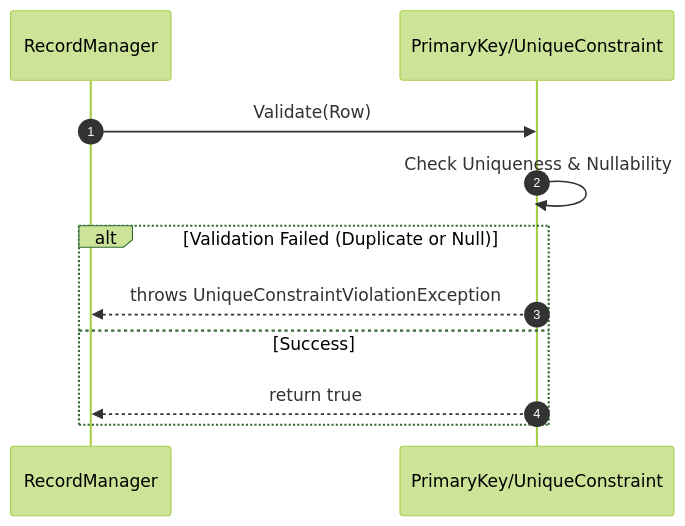
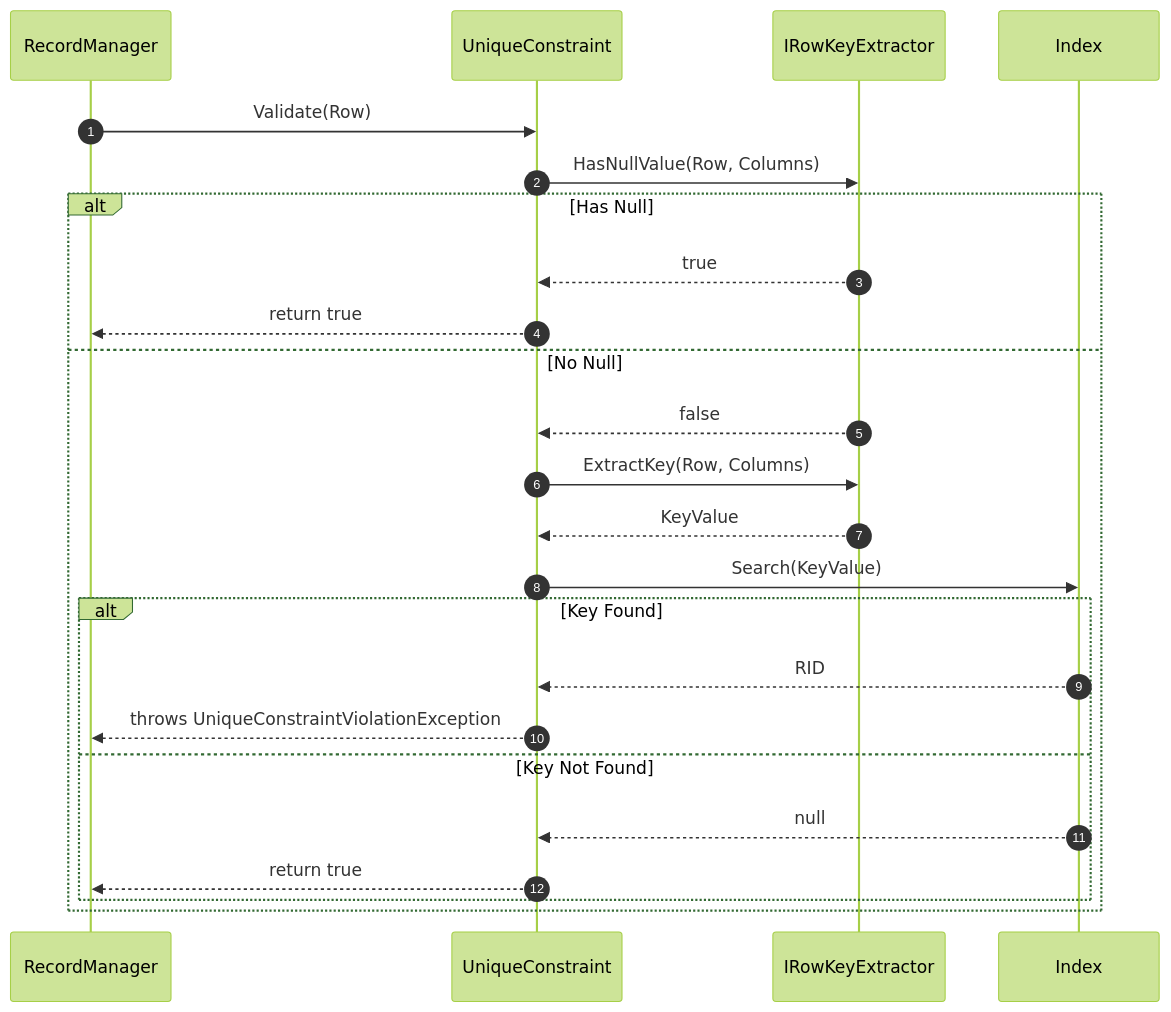
One commit to Hagiakhanh/bbv-dbms changed diagram 14 of 53 in docs/sequence-diagrams/README.md. Above: the diagram before and after it, drawn with Mermaid (forest theme). The commit also changed other lines of this file and 7 other files, not shown here.

Commit message:
test: add primary and unique constraints unit test

````diff
--- a/docs/sequence-diagrams/README.md
+++ b/docs/sequence-diagrams/README.md
@@ -530,14 +586,27 @@
 ```mermaid
 sequenceDiagram
     autonumber
     participant RecordMgr as RecordManager
-    participant Constr as PrimaryKey/UniqueConstraint
+    participant Constr as UniqueConstraint
+    participant Extractor as IRowKeyExtractor
+    participant Idx as Index
     
     RecordMgr->>Constr: Validate(Row)
-    Constr->>Constr: Check Uniqueness & Nullability
-    alt Validation Failed (Duplicate or Null)
-        Constr-->>RecordMgr: throws UniqueConstraintViolationException
-    else Success
+    Constr->>Extractor: HasNullValue(Row, Columns)
+    alt Has Null
+        Extractor-->>Constr: true
         Constr-->>RecordMgr: return true
+    else No Null
+        Extractor-->>Constr: false
+        Constr->>Extractor: ExtractKey(Row, Columns)
+        Extractor-->>Constr: KeyValue
+        Constr->>Idx: Search(KeyValue)
+        alt Key Found
+            Idx-->>Constr: RID
+            Constr-->>RecordMgr: throws UniqueConstraintViolationException
+        else Key Not Found
+            Idx-->>Constr: null
+            Constr-->>RecordMgr: return true
+        end
     end
 ```
````
